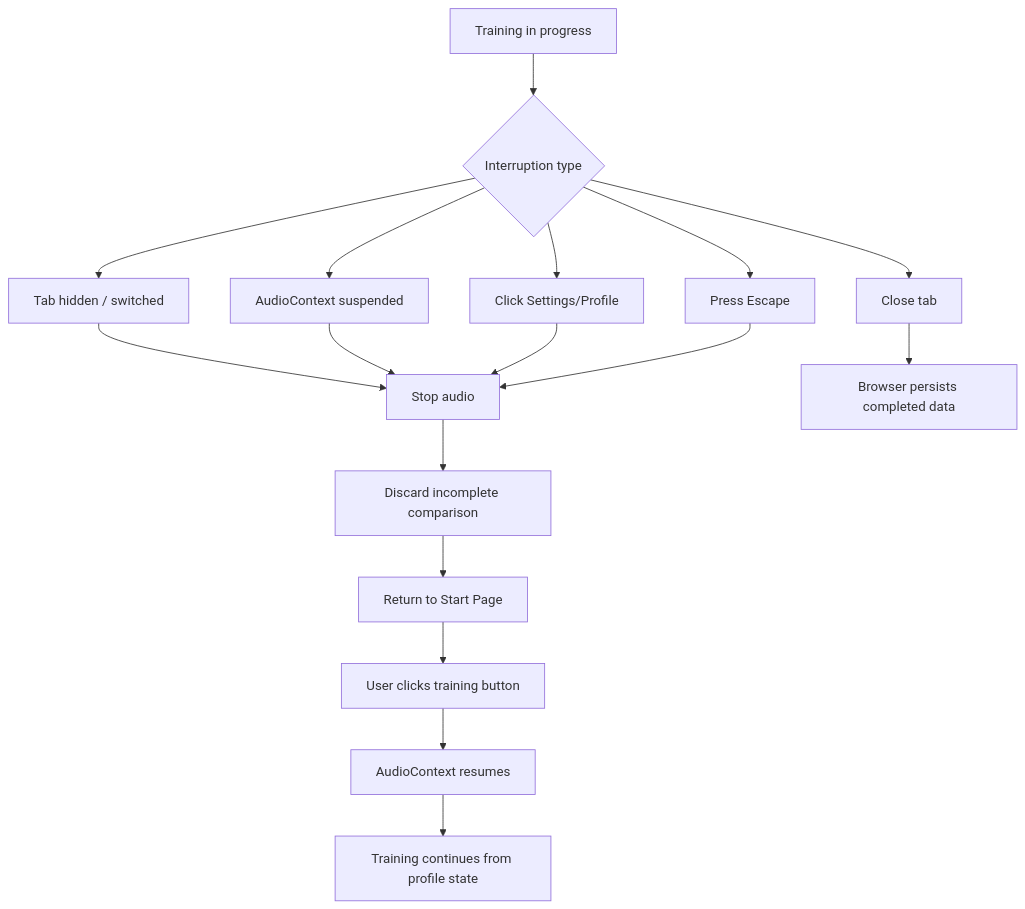
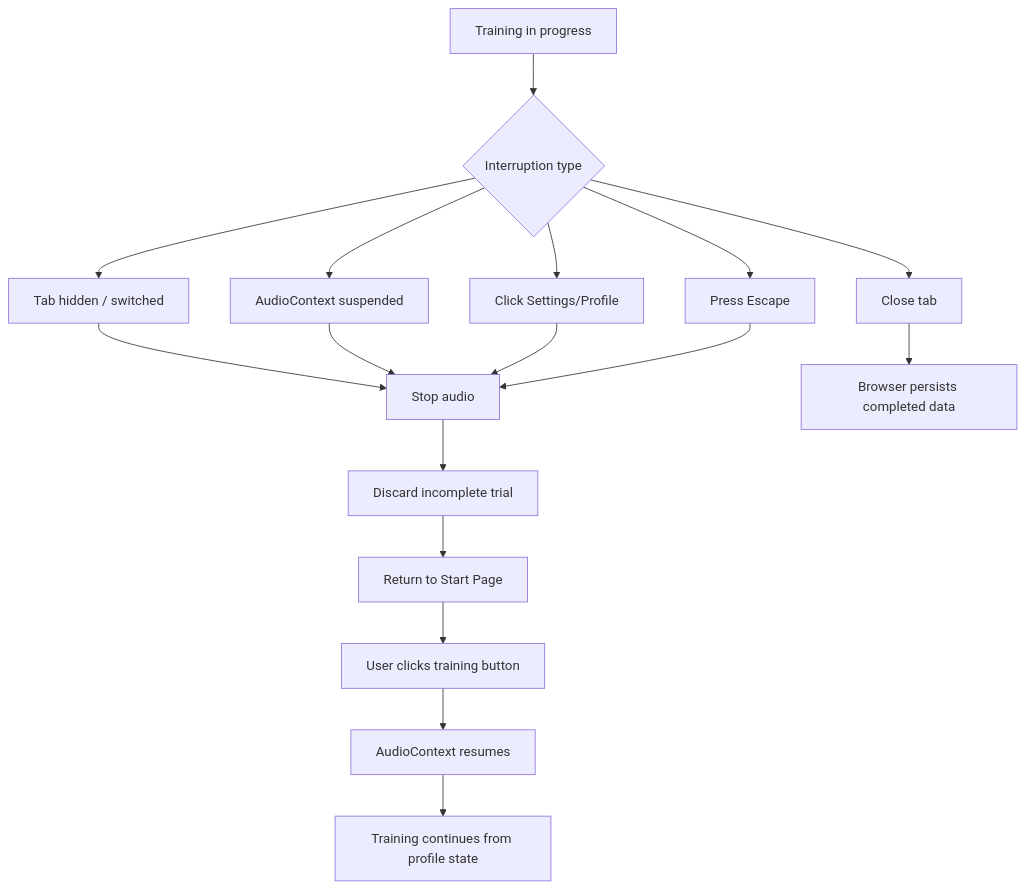
Before and after one commit to mschuerig/peach-web: the fourth of 5 diagrams in docs/planning-artifacts/ux-design-specification.md, drawn with Mermaid. The commit also changed other lines of this file and 6 other files, not shown here.

````diff
--- a/docs/planning-artifacts/ux-design-specification.md
+++ b/docs/planning-artifacts/ux-design-specification.md
@@ -676,22 +676,22 @@
 ```mermaid
 flowchart TD
     A[Training in progress] --> B{Interruption type}
     B --> C[Tab hidden / switched]
     B --> D[AudioContext suspended]
     B --> E[Click Settings/Profile]
     B --> F[Press Escape]
     B --> G[Close tab]
 
     C --> H[Stop audio]
     D --> H
     E --> H
     F --> H
     G --> I[Browser persists completed data]
 
-    H --> J[Discard incomplete comparison]
+    H --> J[Discard incomplete trial]
     J --> K[Return to Start Page]
 
     K --> L[User clicks training button]
     L --> M[AudioContext resumes]
     M --> N[Training continues from profile state]
 ```
````
